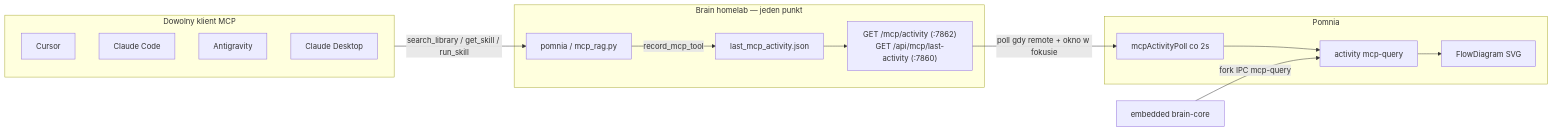
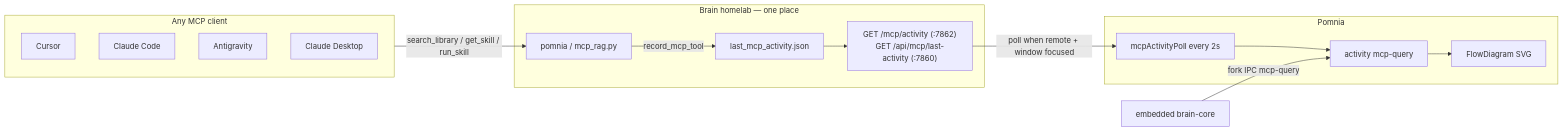
One commit to lobrzut/pomnia changed the diagram in docs/FLOW-LIVE.md. Above: the diagram before and after it, drawn with Mermaid. The commit also changed other lines of this file and 7 other files, not shown here.

````diff
--- a/docs/FLOW-LIVE.md
+++ b/docs/FLOW-LIVE.md
@@ -7,28 +7,28 @@
 ```mermaid
 flowchart LR
-  subgraph clients [Dowolny klient MCP]
+  subgraph clients [Any MCP client]
     C1[Cursor]
     C2[Claude Code]
     C3[Antigravity]
     C4[Claude Desktop]
   end
 
-  subgraph brain [Brain homelab — jeden punkt]
+  subgraph brain [Brain homelab — one place]
     MCP[pomnia / mcp_rag.py]
     ACT[last_mcp_activity.json]
     API["GET /mcp/activity (:7862)\nGET /api/mcp/last-activity (:7860)"]
     MCP -->|record_mcp_tool| ACT
     ACT --> API
   end
 
   subgraph pomnia [Pomnia]
-    POLL[mcpActivityPoll co 2s]
+    POLL[mcpActivityPoll every 2s]
     ACTIVITY[activity mcp-query]
     DIAG[FlowDiagram SVG]
     POLL --> ACTIVITY --> DIAG
   end
 
   clients -->|search_library / get_skill / run_skill| MCP
-  API -->|poll gdy remote + okno w fokusie| POLL
+  API -->|poll when remote + window focused| POLL
   EMB[embedded brain-core] -->|fork IPC mcp-query| ACTIVITY
 ```
````
